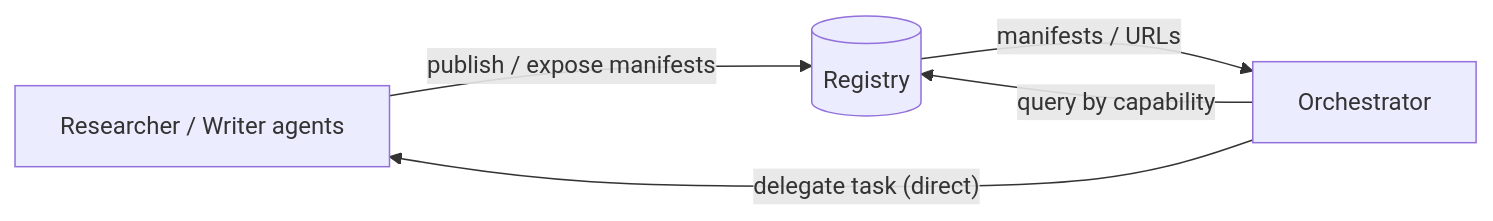
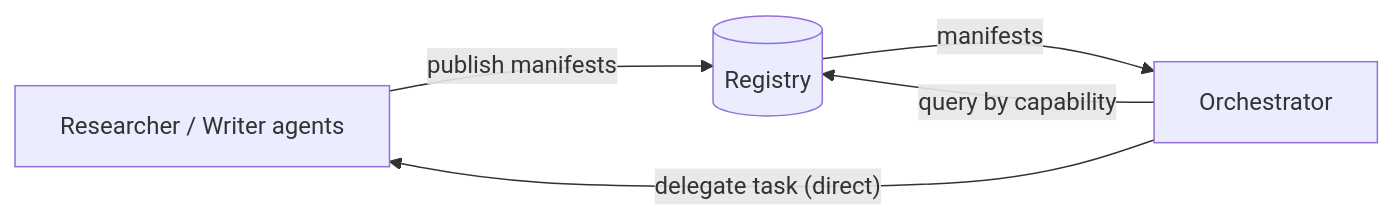
One commit to kirtanbhatt10/Agentmesh changed the second of 2 diagrams in docs/agent-discovery.md. Above: the diagram before and after it, drawn with Mermaid. The commit also changed other lines of this file and 5 other files, not shown here.

````diff
--- a/docs/agent-discovery.md
+++ b/docs/agent-discovery.md
@@ -43,7 +49,7 @@
 ```mermaid
 flowchart LR
-    A[Researcher / Writer agents] -- publish / expose manifests --> Reg[(Registry)]
+    A[Researcher / Writer agents] -- publish manifests --> Reg[(Registry)]
     O[Orchestrator] -- query by capability --> Reg
-    Reg -- manifests / URLs --> O
+    Reg -- manifests --> O
     O -- delegate task (direct) --> A
 ```
````
